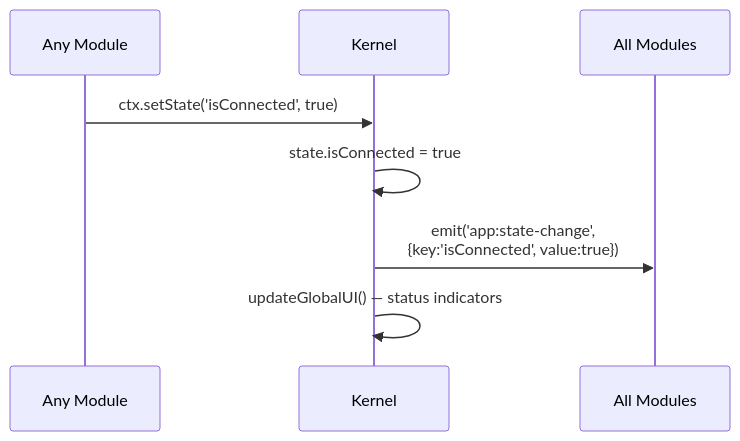
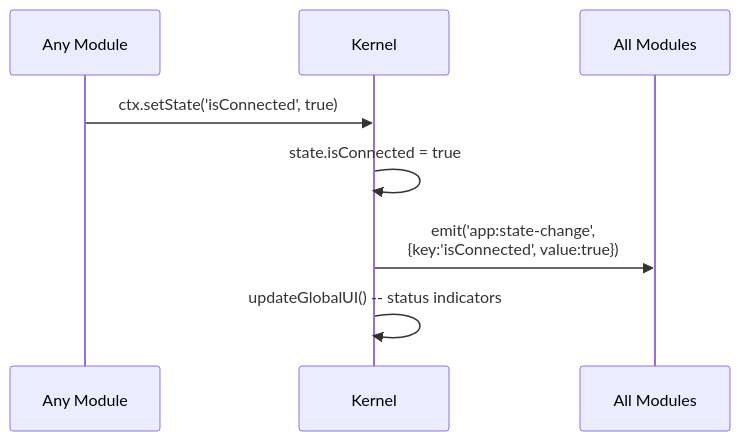
Before and after one commit to SolaceLabs/solace-msg-utility: the third of 5 diagrams in docs/architecture.md, drawn with Mermaid. The commit also changed other lines of this file and 77 other files, not shown here.

````diff
--- a/docs/architecture.md
+++ b/docs/architecture.md
@@ -233,11 +227,11 @@
 ```mermaid
 sequenceDiagram
     participant M as Any Module
     participant K as Kernel
     participant All as All Modules
 
     M->>K: ctx.setState('isConnected', true)
     K->>K: state.isConnected = true
     K->>All: emit('app:state-change',<br/>{key:'isConnected', value:true})
-    K->>K: updateGlobalUI() — status indicators
+    K->>K: updateGlobalUI() -- status indicators
 ```
````
